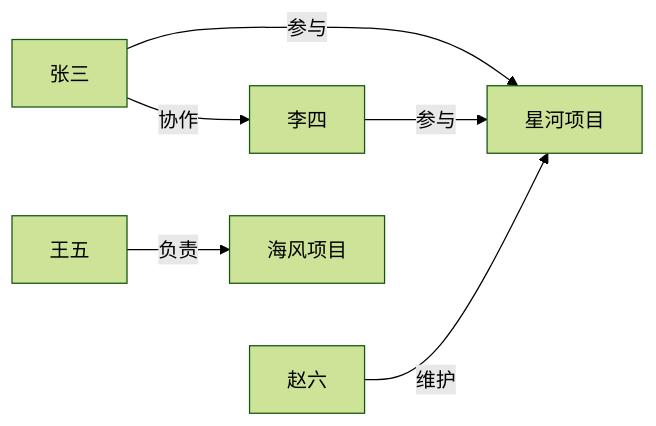
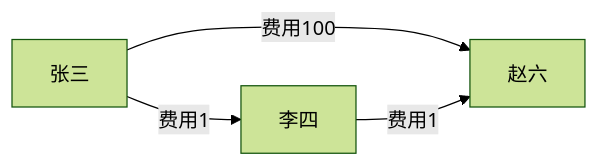
Before and after one commit to stefanv5/memory-platform-architecture: the ninth of 14 diagrams in docs/cognee/graph-storage-postgres-analysis.md, drawn with Mermaid (forest theme). The commit also changed other lines of this file and 4 other files, not shown here.

````diff
--- a/docs/cognee/graph-storage-postgres-analysis.md
+++ b/docs/cognee/graph-storage-postgres-analysis.md
@@ -564,8 +262,6 @@
 ```mermaid
 flowchart LR
-    Z[张三] -->|协作| L[李四]
-    Z -->|参与| X[星河项目]
-    L -->|参与| X
-    Q[赵六] -->|维护| X
-    W[王五] -->|负责| H[海风项目]
+    Z[张三] -->|费用100| Q[赵六]
+    Z -->|费用1| L[李四]
+    L -->|费用1| Q
 ```
````
